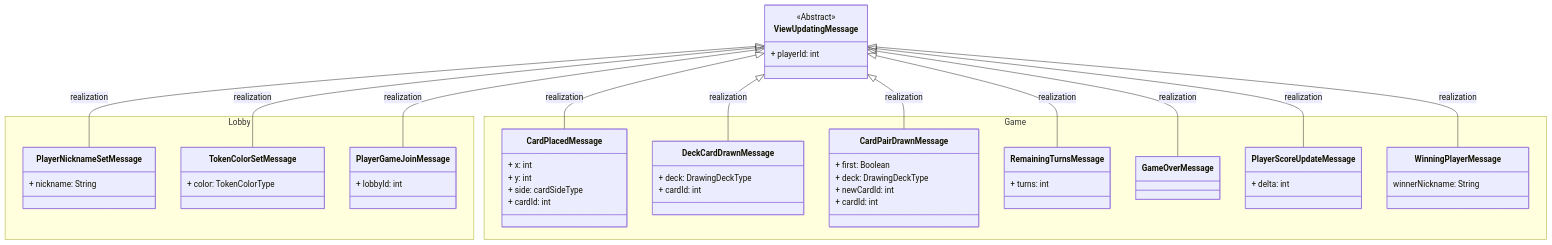
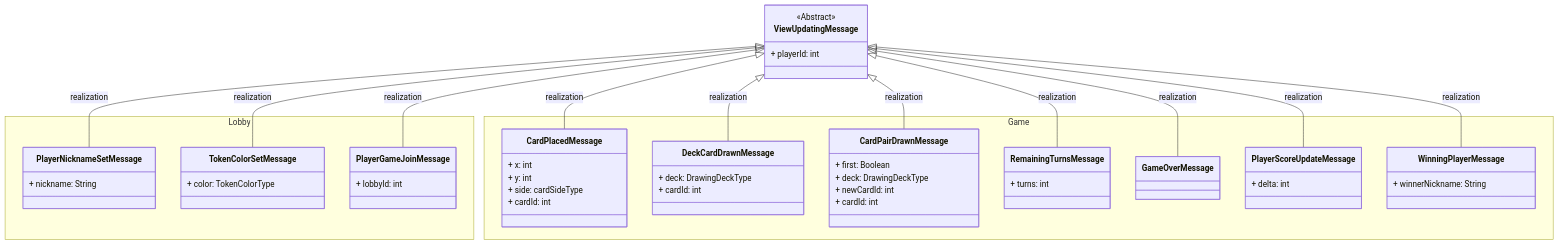
One commit to frephs/IS24-AM21 changed the fifth of 6 diagrams in documentation_wip/messages.md. Above: the diagram before and after it, drawn with Mermaid. The commit also changed other lines of this file, not shown here.

````diff
--- a/documentation_wip/messages.md
+++ b/documentation_wip/messages.md
@@ -221,78 +221,78 @@
 ```mermaid
 classDiagram
     class ViewUpdatingMessage{
         <<Abstract>>
         + playerId: int
     }
 
      namespace Lobby {
         class PlayerNicknameSetMessage {
             + nickname: String
         }
 
         class TokenColorSetMessage {
             + color: TokenColorType
         }
 
         class PlayerGameJoinMessage{
             + lobbyId: int
         }
     }
     ViewUpdatingMessage <|-- PlayerNicknameSetMessage  : realization
     ViewUpdatingMessage <|-- TokenColorSetMessage  : realization
     ViewUpdatingMessage <|-- PlayerGameJoinMessage  : realization
 
 
     namespace Game{
         class CardPlacedMessage{
             + x: int
             + y: int
             + side: cardSideType
             + cardId: int
         }
 
         class DeckCardDrawnMessage{
             + deck: DrawingDeckType
         }
 
         class CardPairDrawnMessage{
             + first: Boolean
             + deck: DrawingDeckType
             + newCardId: int
         }
 
         class RemainingTurnsMessage {
             + turns: int
         }
 
         class GameOverMessage {
         
         }
 
         class PlayerScoreUpdateMessage {
             + delta: int
         }
 
         class WinningPlayerMessage {
-            winnerNickname: String
+            + winnerNickname: String
         }
 
         class DeckCardDrawnMessage{
             + cardId: int
         }
         class CardPairDrawnMessage{
             + cardId: int
         }
 
     }
     
     ViewUpdatingMessage <|-- CardPlacedMessage  : realization
     ViewUpdatingMessage <|-- DeckCardDrawnMessage  : realization
     ViewUpdatingMessage <|-- CardPairDrawnMessage  : realization
     ViewUpdatingMessage <|-- RemainingTurnsMessage  : realization
     ViewUpdatingMessage <|-- GameOverMessage  : realization
     ViewUpdatingMessage <|-- PlayerScoreUpdateMessage  : realization
     ViewUpdatingMessage <|-- WinningPlayerMessage  : realization
 
     
 ```
````
